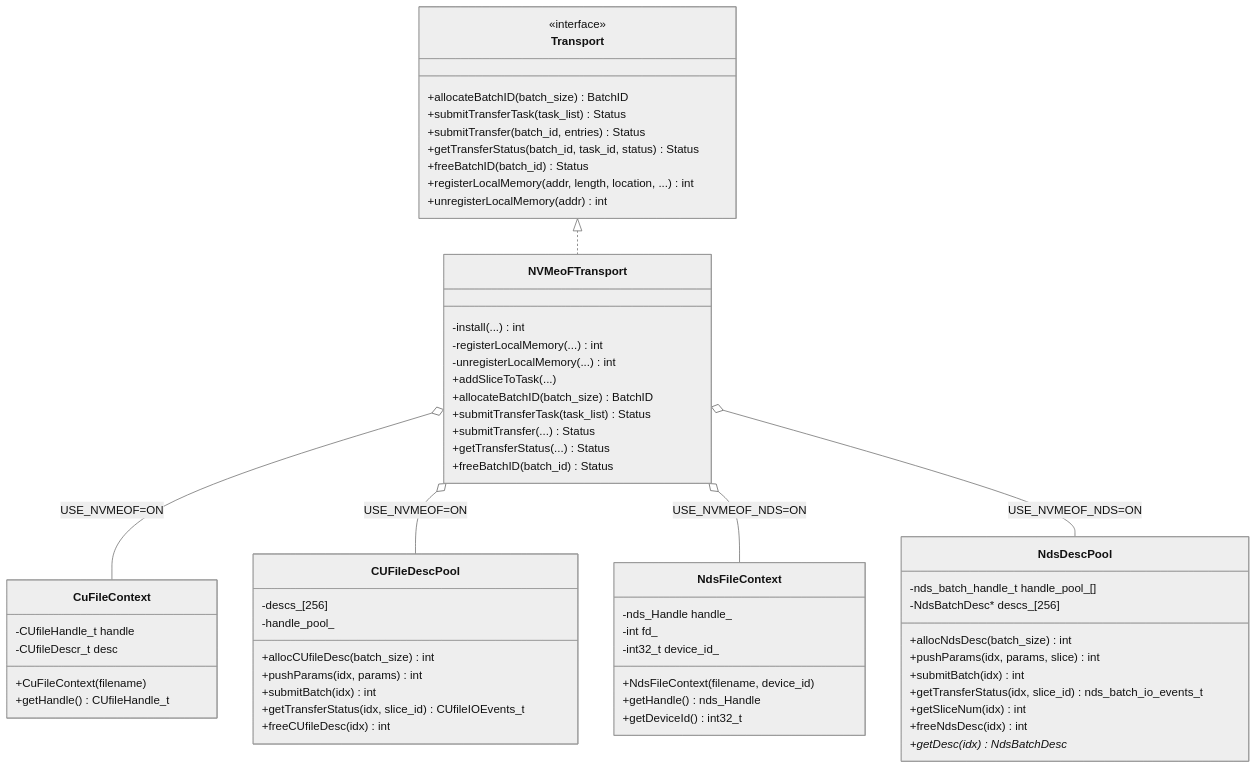
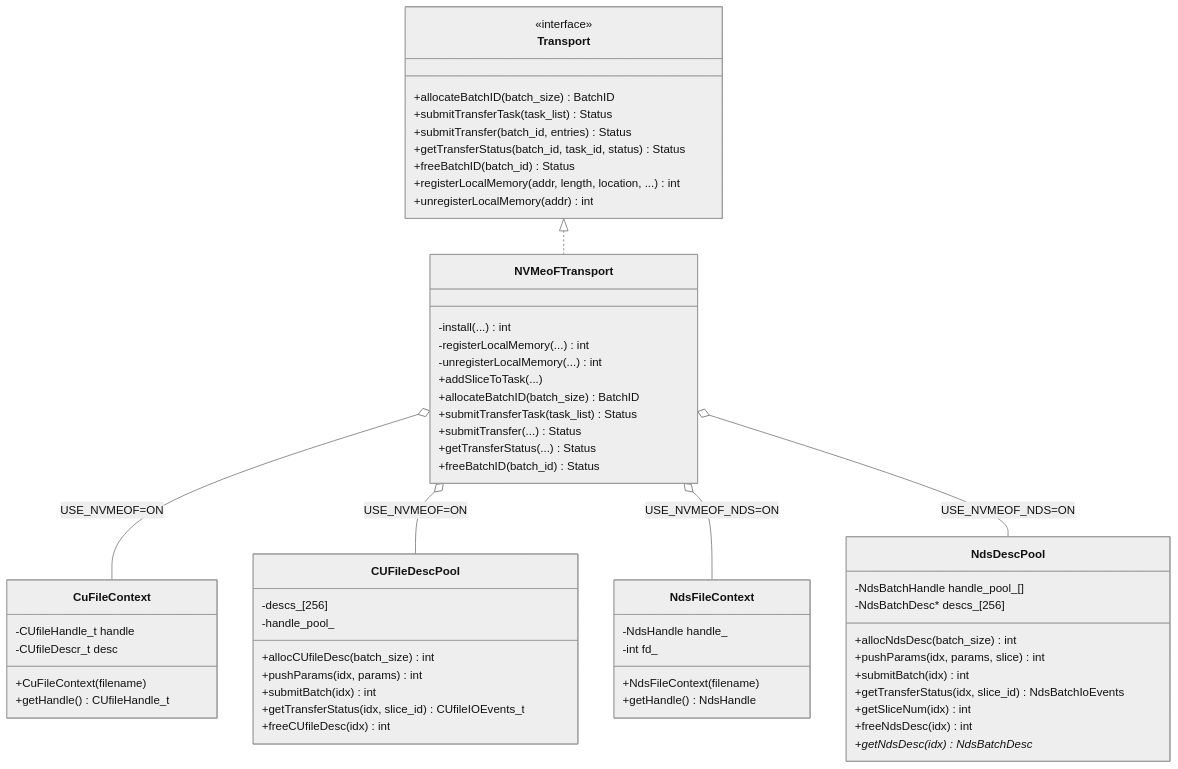
Before and after one commit to yz53665/Mooncake: the fifth of 15 diagrams in docs/rfc-nds-nvmeof-transport-cn.md, drawn with Mermaid (neutral theme). The commit also changed other lines of this file, not shown here.

````diff
--- a/docs/rfc-nds-nvmeof-transport-cn.md
+++ b/docs/rfc-nds-nvmeof-transport-cn.md
@@ -167,69 +167,67 @@
 ```mermaid
 classDiagram
     class Transport {
         <<interface>>
         +allocateBatchID(batch_size) BatchID
         +submitTransferTask(task_list) Status
         +submitTransfer(batch_id, entries) Status
         +getTransferStatus(batch_id, task_id, status) Status
         +freeBatchID(batch_id) Status
         +registerLocalMemory(addr, length, location, ...) int
         +unregisterLocalMemory(addr) int
     }
 
     class NVMeoFTransport {
         -install(...) int
         -registerLocalMemory(...) int
         -unregisterLocalMemory(...) int
         +addSliceToTask(...)
         +allocateBatchID(batch_size) BatchID
         +submitTransferTask(task_list) Status
         +submitTransfer(...) Status
         +getTransferStatus(...) Status
         +freeBatchID(batch_id) Status
     }
 
     class CuFileContext {
         -CUfileHandle_t handle
         -CUfileDescr_t desc
         +CuFileContext(filename)
         +getHandle() CUfileHandle_t
     }
 
     class CUFileDescPool {
         -descs_[256]
         -handle_pool_
         +allocCUfileDesc(batch_size) int
         +pushParams(idx, params) int
         +submitBatch(idx) int
         +getTransferStatus(idx, slice_id) CUfileIOEvents_t
         +freeCUfileDesc(idx) int
     }
 
     class NdsDescPool {
-        -nds_batch_handle_t handle_pool_[]
+        -NdsBatchHandle handle_pool_[]
         -NdsBatchDesc* descs_[256]
         +allocNdsDesc(batch_size) int
         +pushParams(idx, params, slice) int
         +submitBatch(idx) int
-        +getTransferStatus(idx, slice_id) nds_batch_io_events_t
+        +getTransferStatus(idx, slice_id) NdsBatchIoEvents
         +getSliceNum(idx) int
         +freeNdsDesc(idx) int
-        +getDesc(idx) NdsBatchDesc*
+        +getNdsDesc(idx) NdsBatchDesc*
     }
 
     class NdsFileContext {
-        -nds_Handle handle_
+        -NdsHandle handle_
         -int fd_
-        -int32_t device_id_
-        +NdsFileContext(filename, device_id)
-        +getHandle() nds_Handle
-        +getDeviceId() int32_t
+        +NdsFileContext(filename)
+        +getHandle() NdsHandle
     }
 
     Transport <|.. NVMeoFTransport
     NVMeoFTransport o-- CuFileContext : USE_NVMEOF=ON
     NVMeoFTransport o-- CUFileDescPool : USE_NVMEOF=ON
     NVMeoFTransport o-- NdsFileContext : USE_NVMEOF_NDS=ON
     NVMeoFTransport o-- NdsDescPool : USE_NVMEOF_NDS=ON
 ```
````
